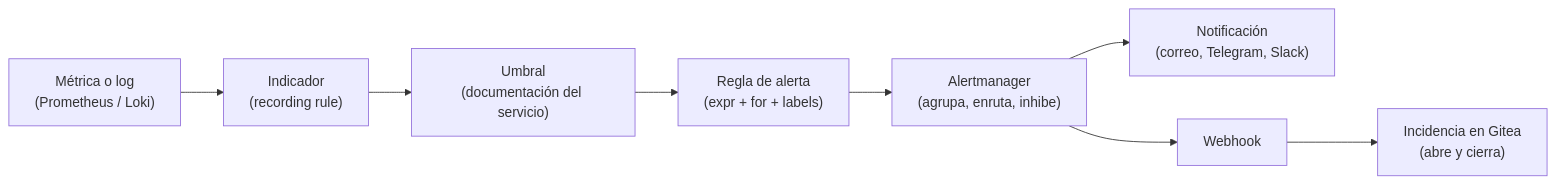
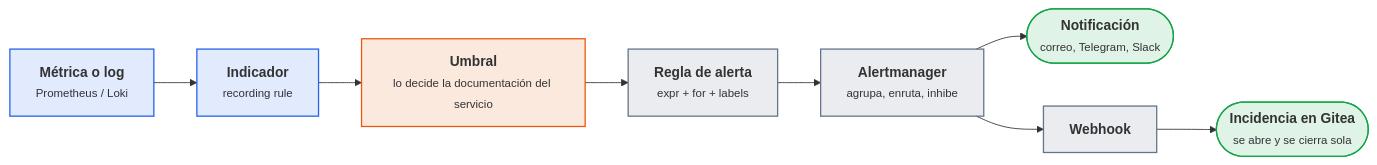
The first of 6 diagrams in docs/ut/ut2-alarmas.md (victor-educ/apuntes-5169), drawn with Mermaid before and after one commit. The commit also changed other lines of this file and 13 other files, not shown here.

First line of the commit message:
Temporalización definitiva, gramática visual y diagramas en todas las unidades

````diff
--- a/docs/ut/ut2-alarmas.md
+++ b/docs/ut/ut2-alarmas.md
@@ -69,10 +69,20 @@
 ```mermaid
 flowchart LR
-  M["Métrica o log<br/>(Prometheus / Loki)"] --> I["Indicador<br/>(recording rule)"]
-  I --> U["Umbral<br/>(documentación del servicio)"]
-  U --> R["Regla de alerta<br/>(expr + for + labels)"]
-  R --> AM["Alertmanager<br/>(agrupa, enruta, inhibe)"]
-  AM --> N["Notificación<br/>(correo, Telegram, Slack)"]
-  AM --> W["Webhook"]
-  W --> T["Incidencia en Gitea<br/>(abre y cierra)"]
+    M["<b>Métrica o log</b><br><small>Prometheus / Loki</small>"]:::dato
+    I["<b>Indicador</b><br><small>recording rule</small>"]:::dato
+    U["<b>Umbral</b><br><small>lo decide la documentación del servicio</small>"]:::act
+    R["<b>Regla de alerta</b><br><small>expr + for + labels</small>"]:::pieza
+    AM["<b>Alertmanager</b><br><small>agrupa, enruta, inhibe</small>"]:::pieza
+    N(["<b>Notificación</b><br><small>correo, Telegram, Slack</small>"]):::ok
+    W["<b>Webhook</b>"]:::pieza
+    T(["<b>Incidencia en Gitea</b><br><small>se abre y se cierra sola</small>"]):::ok
+    M --> I --> U --> R --> AM
+    AM --> N
+    AM --> W --> T
+    classDef act fill:#ea580c22,stroke:#ea580c,stroke-width:1.5px
+    classDef pieza fill:#64748b22,stroke:#64748b,stroke-width:1.5px
+    classDef dato fill:#2563eb22,stroke:#2563eb,stroke-width:1.5px
+    classDef infra fill:#a1a1aa14,stroke:#a1a1aa,stroke-width:1.5px
+    classDef ok fill:#16a34a22,stroke:#16a34a,stroke-width:1.5px
+    classDef riesgo fill:#dc262622,stroke:#dc2626,stroke-width:1.5px
 ```
````
